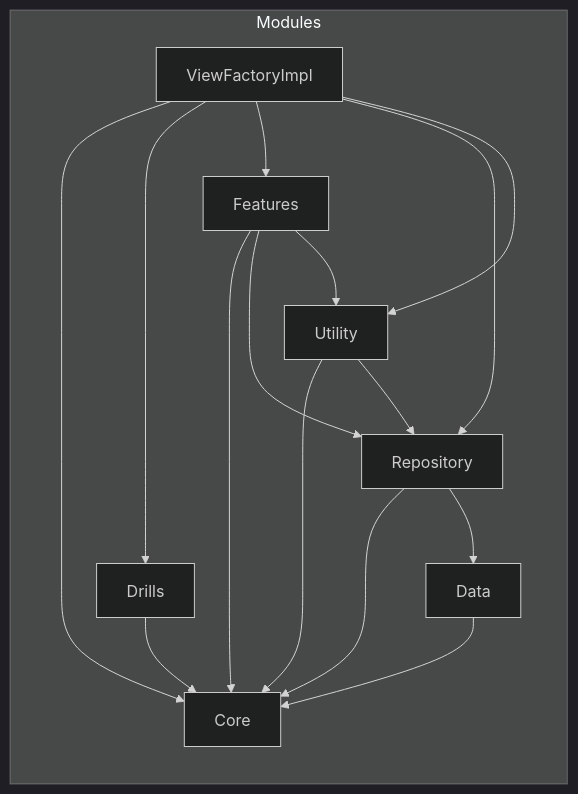
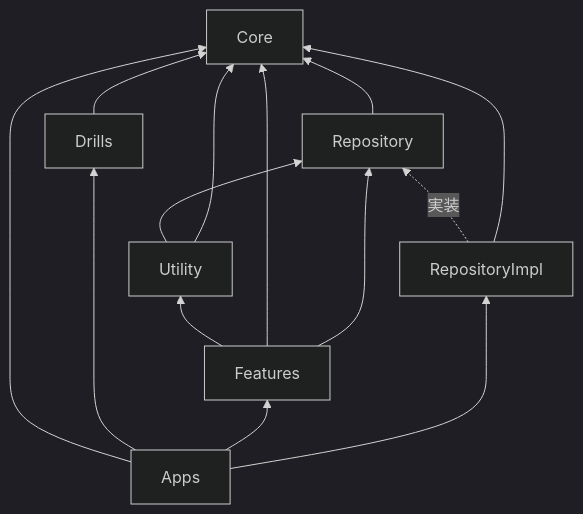
The diagram in README.md (terry-private/Otap), drawn with Mermaid (dark theme) before and after one commit. The commit also changed other lines of this file and 4 other files, not shown here.

````diff
--- a/README.md
+++ b/README.md
@@ -34,19 +39,16 @@
 ```mermaid
 flowchart BT
-    subgraph Modules
-        Data --> Core
-        Drills --> Core
-        Repository --> Core
-        Repository --> Data
-        Utility --> Core
-        Utility --> Repository
-        ViewFactoryImpl --> Core
-        ViewFactoryImpl --> Drills
-        ViewFactoryImpl --> Features
-        ViewFactoryImpl --> Repository
-        ViewFactoryImpl --> Utility
-        Features --> Core
-        Features --> Repository
-        Features --> Utility
-    end
+  RepositoryImpl -.-> |実装| Repository
+  Repository --> Core
+  RepositoryImpl --> Core
+  Drills --> Core
+  Utility --> Repository
+  Utility --> Core
+  Apps --> Core
+  Apps --> Drills
+  Apps --> Features
+  Apps --> RepositoryImpl
+  Features --> Utility
+  Features --> Core
+  Features --> Repository
 ```
````
